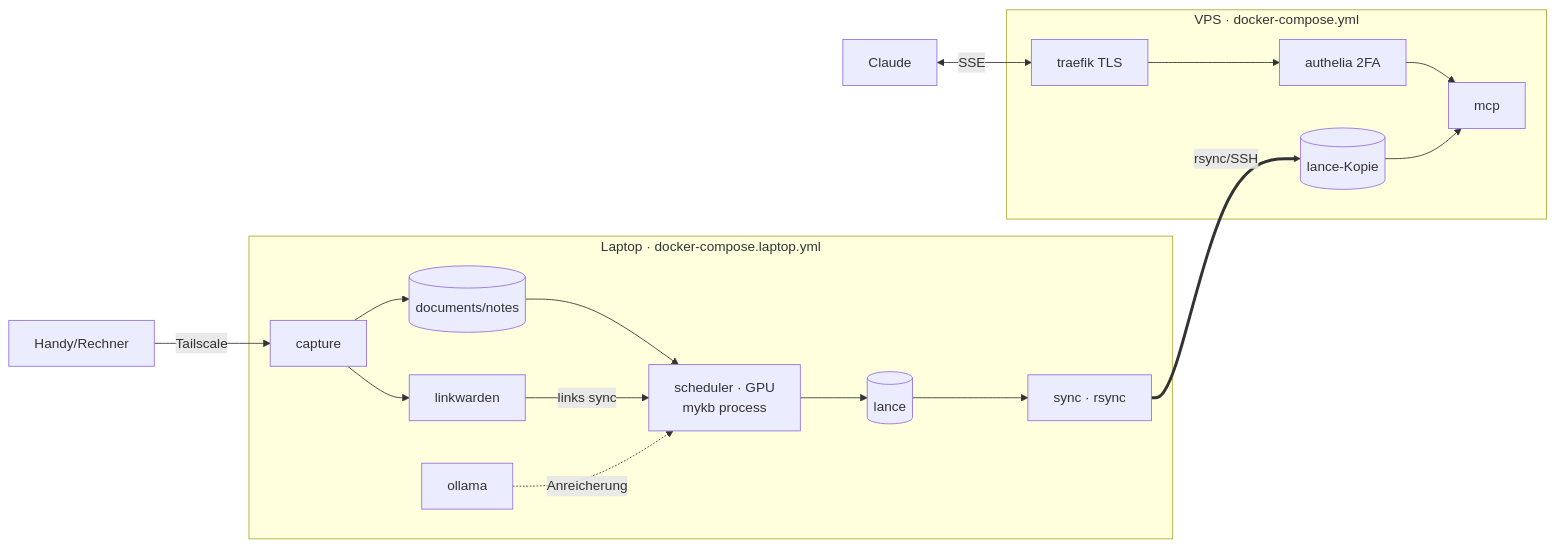
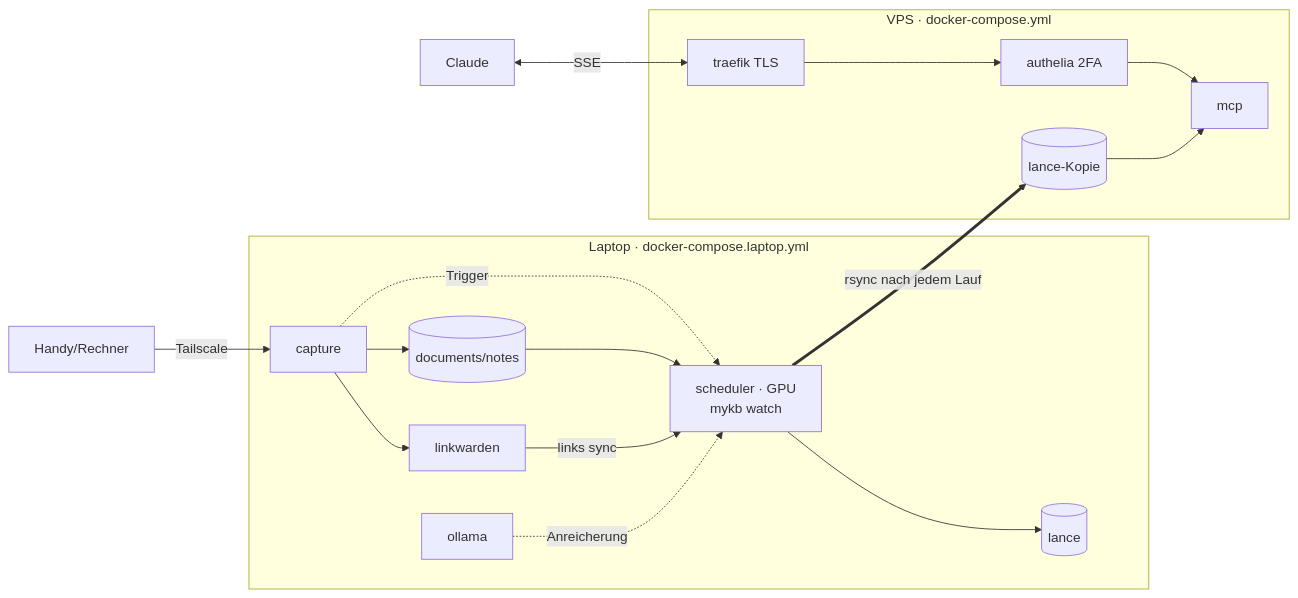
The diagram in docs/deployment.md (kaijen/mykb), drawn with Mermaid before and after one commit. The commit also changed other lines of this file and 11 other files, not shown here.

First line of the commit message:
Ereignisgesteuerte Verarbeitung: Capture-Trigger + mykb watch (#5)

````diff
--- a/docs/deployment.md
+++ b/docs/deployment.md
@@ -7,19 +7,19 @@
 ```mermaid
 flowchart LR
     subgraph Laptop [Laptop · docker-compose.laptop.yml]
         CAP[capture] --> DOCS[(documents/notes)]
         CAP --> LWC[linkwarden]
-        SCH[scheduler · GPU<br/>mykb process] --> LNC[(lance)]
+        CAP -.Trigger.-> SCH
+        SCH[scheduler · GPU<br/>mykb watch] --> LNC[(lance)]
         DOCS --> SCH
         LWC -->|links sync| SCH
         OLL[ollama] -.Anreicherung.-> SCH
-        LNC --> SY[sync · rsync]
     end
-    SY ==>|rsync/SSH| LNV[(lance-Kopie)]
+    SCH ==>|rsync nach jedem Lauf| LNV[(lance-Kopie)]
     subgraph VPS [VPS · docker-compose.yml]
         TR[traefik TLS] --> AU[authelia 2FA] --> MCP[mcp]
         LNV --> MCP
     end
     PH[Handy/Rechner] -->|Tailscale| CAP
     CL[Claude] <-->|SSE| TR
 ```
````
